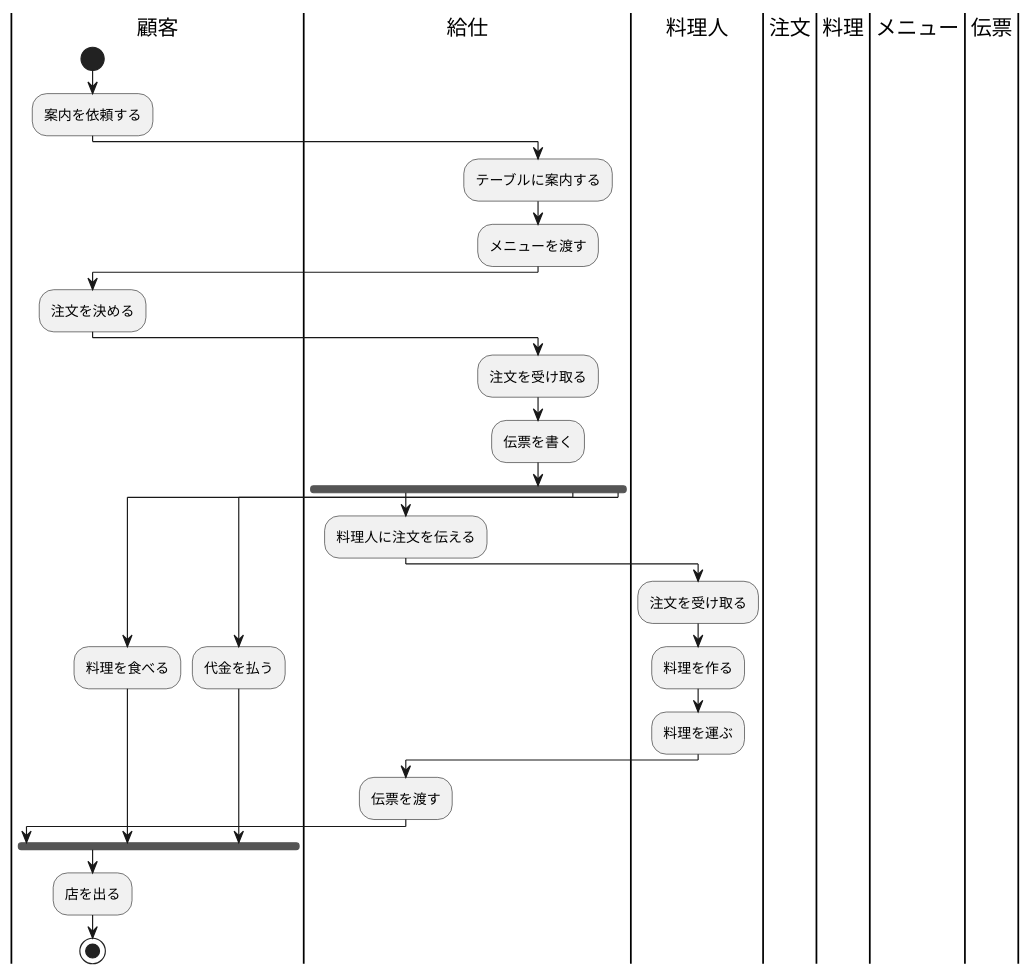
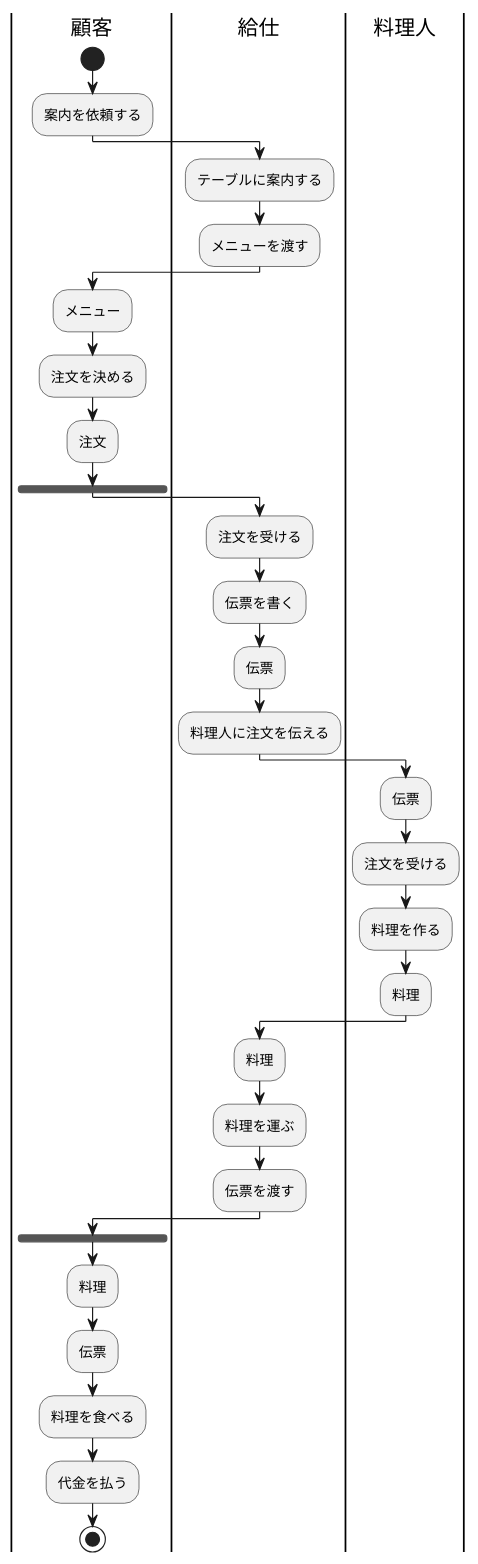
The diagram in 演習7-3_AC_レストランのアクティビティ図.pu (masakan590/uml-introduction), drawn with PlantUML before and after one commit.

Commit message:
追加

```diff
--- a/演習7-3_AC_レストランのアクティビティ図.pu
+++ b/演習7-3_AC_レストランのアクティビティ図.pu
@@ -1,44 +1,47 @@
 @startuml
 
+|顧客|
+|給仕|
+|料理人|
 
 |顧客|
 start
 :案内を依頼する;
-|給仕|
-:テーブルに案内する;
-|給仕|
-:メニューを渡す;
 |顧客|
+    |給仕|
+    :テーブルに案内する;
+    :メニューを渡す;
+    |給仕|
+|顧客|
+:メニュー;
 :注文を決める;
-|給仕|
-:注文を受け取る;
-|給仕|
-:伝票を書く;
-|給仕|
+:注文;
 fork
-  |給仕|
-  :料理人に注文を伝える;
-  |料理人|
-  :注文を受け取る;
-  |料理人|
-  :料理を作る;
-  |料理人|
-  :料理を運ぶ;
-  |給仕|
-  :伝票を渡す;
-fork again
-  |顧客|
-  :料理を食べる;
-fork again
-  |顧客|
-  :代金を払う;
-  
+|顧客|
+    |給仕|
+    :注文を受ける;
+    :伝票を書く;
+    :伝票;
+    :料理人に注文を伝える;
+    |給仕|
+        |料理人|
+        :伝票;
+        :注文を受ける;
+        :料理を作る;
+        :料理;
+        |料理人|
+    |給仕|
+    :料理;
+    :料理を運ぶ;
+    :伝票を渡す;
+    |給仕|
+|顧客|
 end fork
-:店を出る;
+:料理;
+:伝票;
+:料理を食べる;
+:代金を払う;
+|顧客|  
 stop
-|顧客|
-|注文|
-|料理|
-|メニュー|
-|伝票|
+
 @enduml
```
